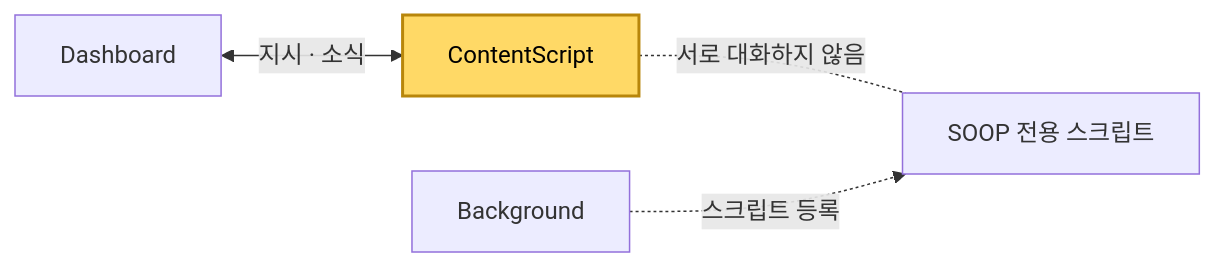
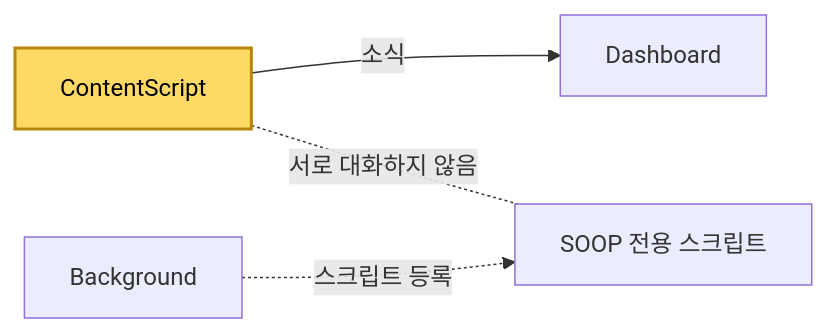
The diagram in document/ContentScript.md (QYnote/ChzzkMultiViewer), drawn with Mermaid before and after one commit. The commit also changed other lines of this file and 8 other files, not shown here.

````diff
--- a/document/ContentScript.md
+++ b/document/ContentScript.md
@@ -51,7 +41,7 @@
 ```mermaid
 graph LR
-  Dashboard <-->|지시 · 소식| ContentScript
+  ContentScript -->|소식| Dashboard
   ContentScript -. 서로 대화하지 않음 .- SoopScript[SOOP 전용 스크립트]
   Background -.->|스크립트 등록| SoopScript
   style ContentScript fill:#ffd966,stroke:#b8860b,stroke-width:2px,color:#000
 ```
````
